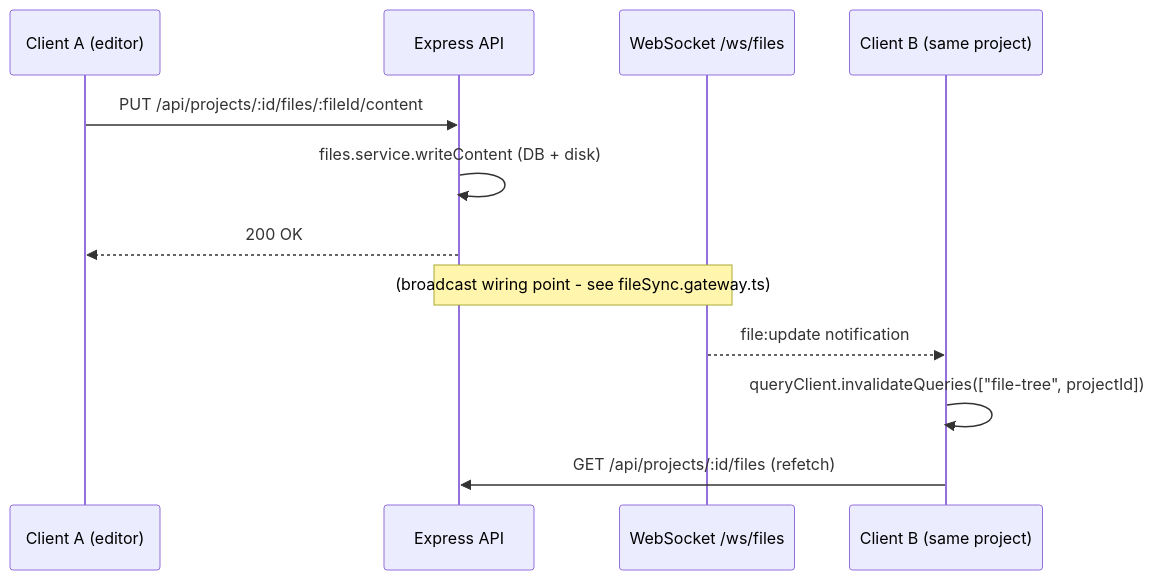
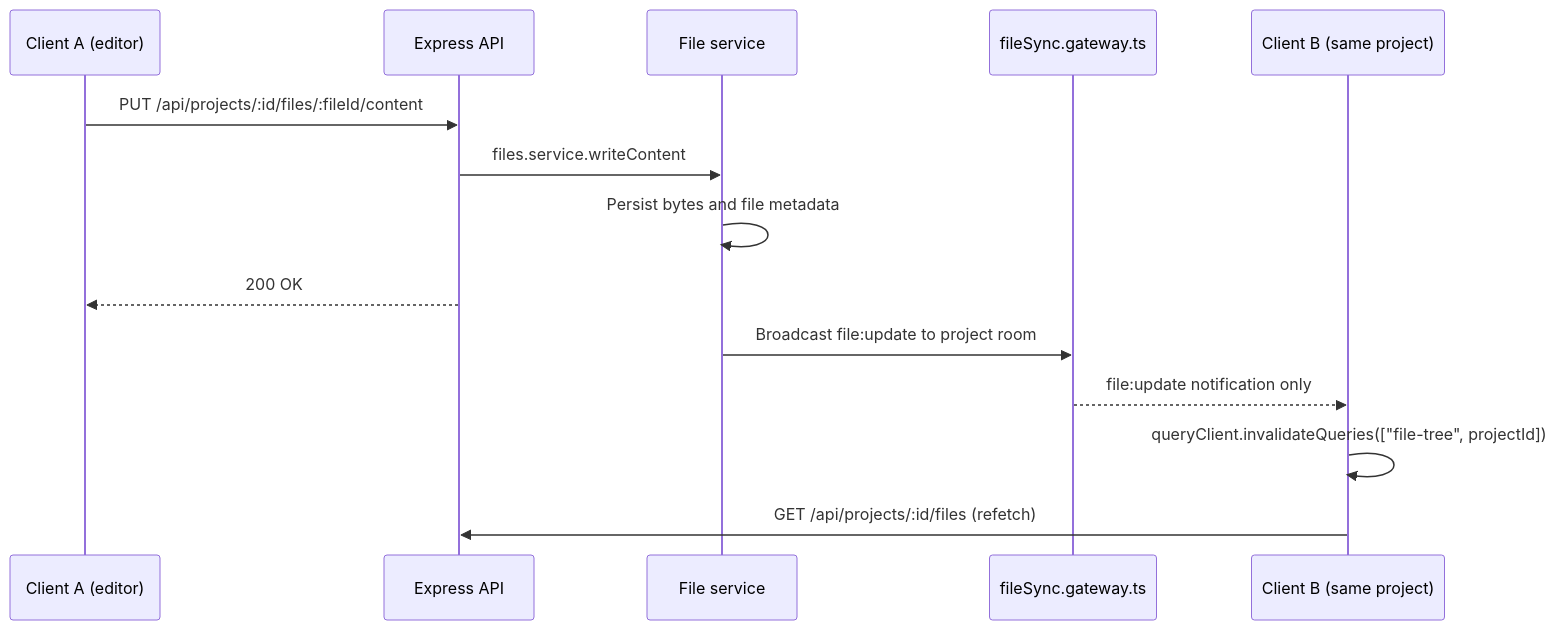
One commit to Ash786Sharma/Robot_Studio changed the ninth of 11 diagrams in docs/ARCHITECTURE.md. Above: the diagram before and after it, drawn with Mermaid. The commit also changed other lines of this file and 26 other files, not shown here.

````diff
--- a/docs/ARCHITECTURE.md
+++ b/docs/ARCHITECTURE.md
@@ -357,15 +364,17 @@
 ```mermaid
 sequenceDiagram
     participant A as Client A (editor)
     participant API as Express API
-    participant WS as WebSocket /ws/files
+    participant SVC as File service
+    participant WS as fileSync.gateway.ts
     participant B as Client B (same project)
 
     A->>API: PUT /api/projects/:id/files/:fileId/content
-    API->>API: files.service.writeContent (DB + disk)
+    API->>SVC: files.service.writeContent
+    SVC->>SVC: Persist bytes and file metadata
     API-->>A: 200 OK
-    Note over API,WS: (broadcast wiring point - see fileSync.gateway.ts)
-    WS-->>B: file:update notification
+    SVC->>WS: Broadcast file:update to project room
+    WS-->>B: file:update notification only
     B->>B: queryClient.invalidateQueries(["file-tree", projectId])
     B->>API: GET /api/projects/:id/files (refetch)
 ```
````
